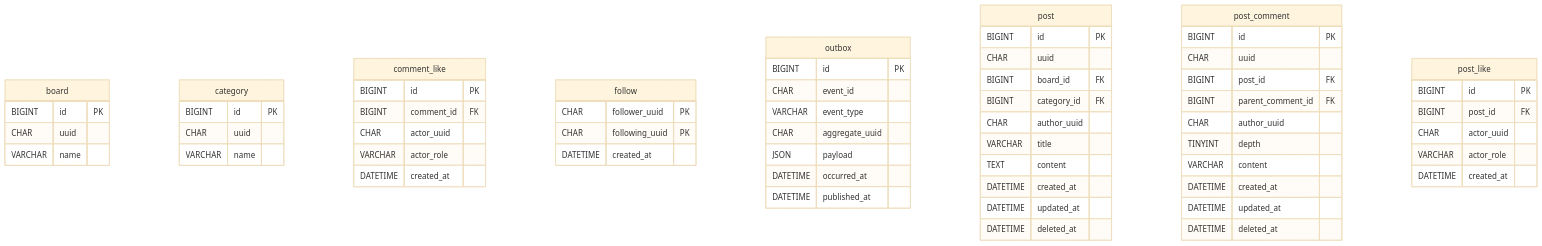
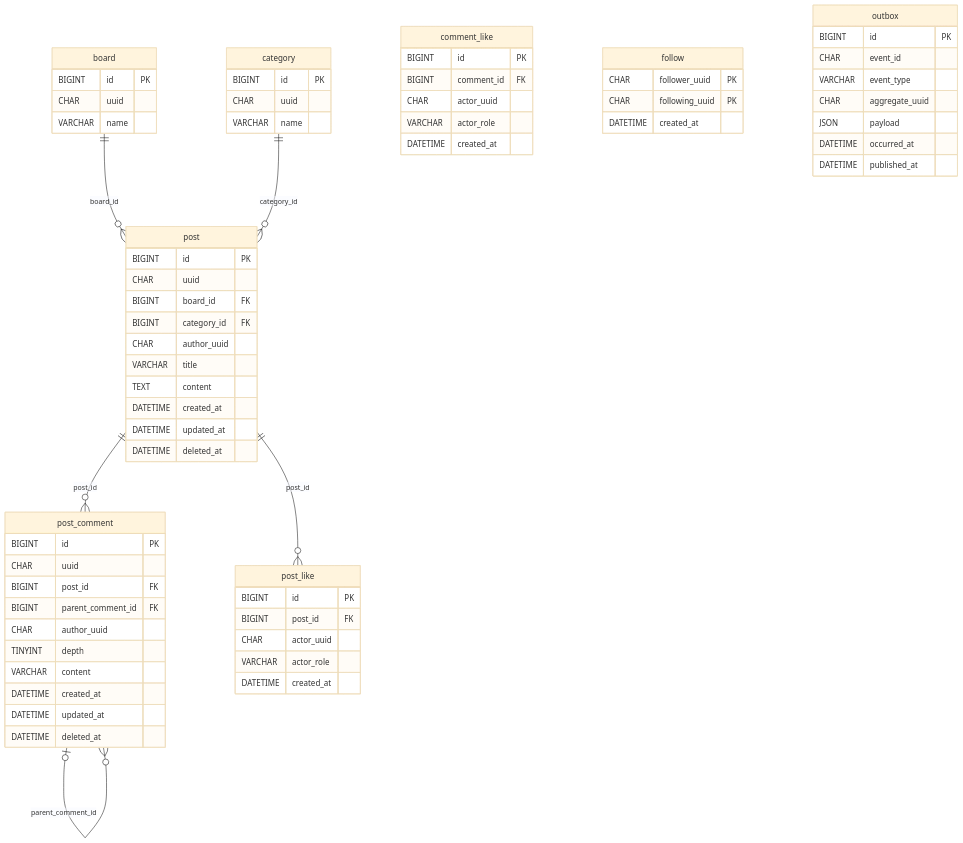
One commit to louie-kury/louie-kury-document changed the first of 2 diagrams in docs/erd/svc_community.md. Above: the diagram before and after it, drawn with Mermaid (base theme). The commit also changed other lines of this file and 10 other files, not shown here.

Commit message:
docs: ERD 테이블 사이 관계선 추가

````diff
--- a/docs/erd/svc_community.md
+++ b/docs/erd/svc_community.md
@@ -10,65 +10,70 @@
 ```mermaid
 erDiagram
     board {
         BIGINT id PK
         CHAR uuid
         VARCHAR name
     }
     category {
         BIGINT id PK
         CHAR uuid
         VARCHAR name
     }
     comment_like {
         BIGINT id PK
         BIGINT comment_id FK
         CHAR actor_uuid
         VARCHAR actor_role
         DATETIME created_at
     }
     follow {
         CHAR follower_uuid PK
         CHAR following_uuid PK
         DATETIME created_at
     }
     outbox {
         BIGINT id PK
         CHAR event_id
         VARCHAR event_type
         CHAR aggregate_uuid
         JSON payload
         DATETIME occurred_at
         DATETIME published_at
     }
     post {
         BIGINT id PK
         CHAR uuid
         BIGINT board_id FK
         BIGINT category_id FK
         CHAR author_uuid
         VARCHAR title
         TEXT content
         DATETIME created_at
         DATETIME updated_at
         DATETIME deleted_at
     }
     post_comment {
         BIGINT id PK
         CHAR uuid
         BIGINT post_id FK
         BIGINT parent_comment_id FK
         CHAR author_uuid
         TINYINT depth
         VARCHAR content
         DATETIME created_at
         DATETIME updated_at
         DATETIME deleted_at
     }
     post_like {
         BIGINT id PK
         BIGINT post_id FK
         CHAR actor_uuid
         VARCHAR actor_role
         DATETIME created_at
     }
+    board ||--o{ post : "board_id"
+    category ||--o{ post : "category_id"
+    post_comment o|--o{ post_comment : "parent_comment_id"
+    post ||--o{ post_comment : "post_id"
+    post ||--o{ post_like : "post_id"
 ```
````
